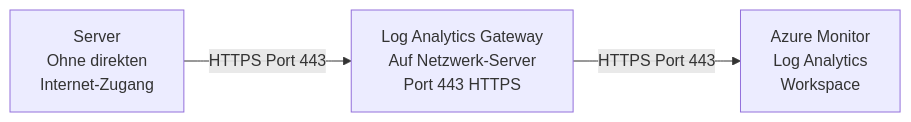
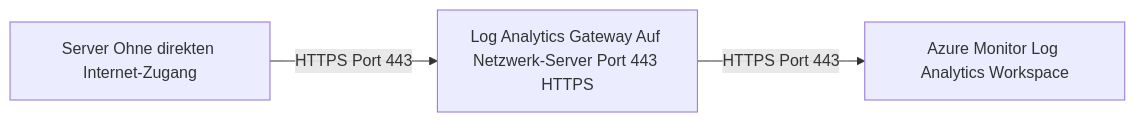
The fourth of 6 diagrams in Microsoft 365/Azure/Monitor und Management/Azure Monitor Agent.md (SoniiiT/notes-n-docs), drawn with Mermaid before and after one commit. The commit also changed other lines of this file and 124 other files, not shown here.

First line of the commit message:
fix: Entferne \n aus allen Mermaid-Diagrammen (125 Dateien)

````diff
--- a/Microsoft 365/Azure/Monitor und Management/Azure Monitor Agent.md
+++ b/Microsoft 365/Azure/Monitor und Management/Azure Monitor Agent.md
@@ -307,9 +307,9 @@
 ```mermaid
 graph LR
-    VMNoNet["Server\nOhne direkten\nInternet-Zugang"]
-    Gateway["Log Analytics Gateway\nAuf Netzwerk-Server\nPort 443 HTTPS"]
-    Azure["Azure Monitor\nLog Analytics\nWorkspace"]
+    VMNoNet["Server Ohne direkten Internet-Zugang"]
+    Gateway["Log Analytics Gateway Auf Netzwerk-Server Port 443 HTTPS"]
+    Azure["Azure Monitor Log Analytics Workspace"]
 
     VMNoNet -- "HTTPS Port 443" --> Gateway
     Gateway -- "HTTPS Port 443" --> Azure
 ```
````
